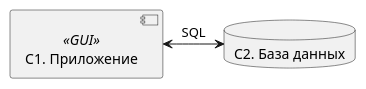
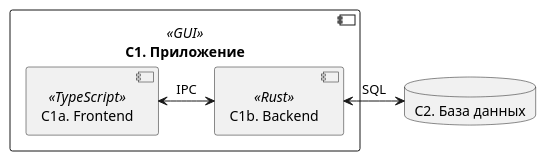
The third of 7 diagrams in src/diags.puml (JinRouRus/exercise260925), drawn with PlantUML before and after one commit. The commit also changed 8 other files, not shown here.

```diff
--- a/src/diags.puml
+++ b/src/diags.puml
@@ -32,8 +32,13 @@
 @startuml containers
 
-component "С1. Приложение" as sw <<GUI>>
+component "С1. Приложение" as sw <<GUI>> {
+    component "C1a. Frontend" as front <<TypeScript>>
+    component "C1b. Backend" as  back <<Rust>>
+
+    front <-> back : IPC
+}
 database "С2. База данных" as db
 
-sw <-> db : SQL
+back <-> db : SQL
 
 @enduml
```
